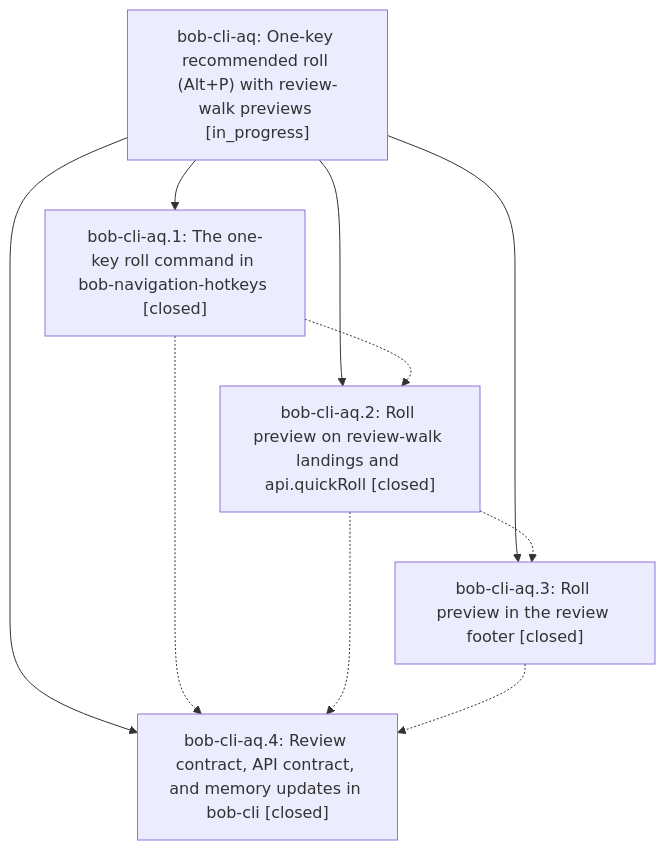
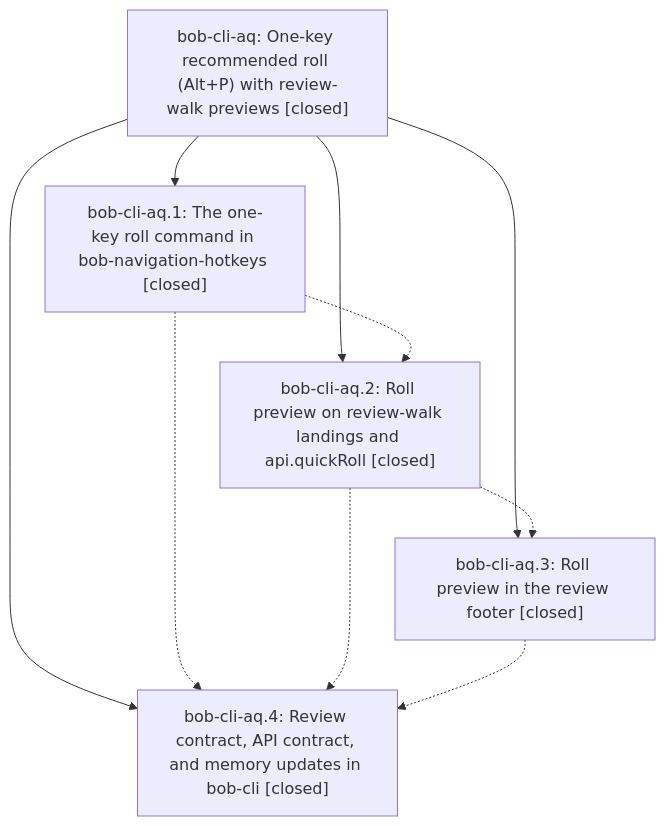
One commit to bobs-org/bob-cli--beads changed the diagram in pages/bob-cli-aq/README.md. Above: the diagram before and after it, drawn with Mermaid. The commit also changed other lines of this file and 4 other files, not shown here.

First line of the commit message:
chore(beads): sync bead state and pages for bob-cli-aq

````diff
--- a/pages/bob-cli-aq/README.md
+++ b/pages/bob-cli-aq/README.md
@@ -39,17 +48,17 @@
 ```mermaid
 flowchart TD
-    n0["bob-cli-aq: One-key recommended roll (Alt+P) with review-walk previews [in_progress]"]
+    n0["bob-cli-aq: One-key recommended roll (Alt+P) with review-walk previews [closed]"]
     n1["bob-cli-aq.1: The one-key roll command in bob-navigation-hotkeys [closed]"]
     n2["bob-cli-aq.2: Roll preview on review-walk landings and api.quickRoll [closed]"]
     n3["bob-cli-aq.3: Roll preview in the review footer [closed]"]
     n4["bob-cli-aq.4: Review contract, API contract, and memory updates in bob-cli [closed]"]
     n0 --> n1
     n0 --> n2
     n0 --> n3
     n0 --> n4
     n1 -.-> n2
     n1 -.-> n4
     n2 -.-> n3
     n2 -.-> n4
     n3 -.-> n4
 ```
````
